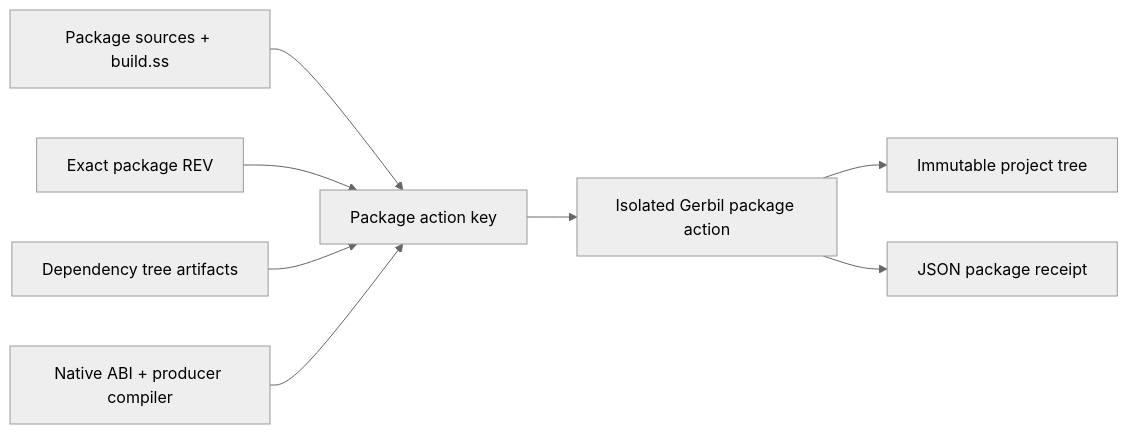
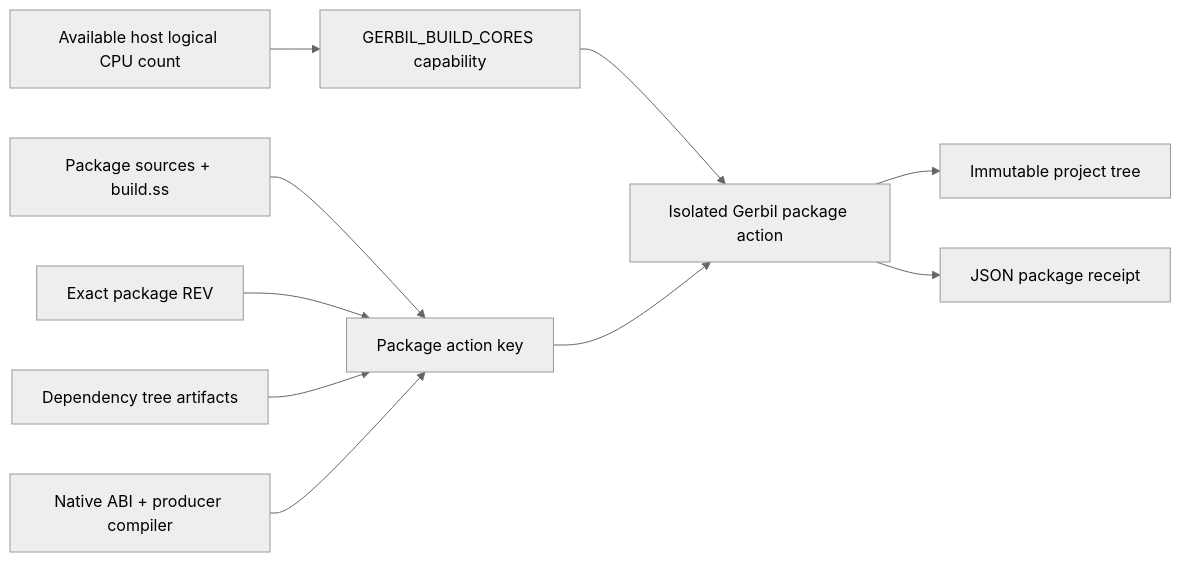
The second of 2 diagrams in docs/rfc/0003-atomic-package-graph.org (tao3k/gerbil-bazel), drawn with Mermaid (neutral theme) before and after one commit. The commit also changed other lines of this file and 5 other files, not shown here.

Commit message:
fix: bridge host capacity to Gerbil std make

```diff
--- a/docs/rfc/0003-atomic-package-graph.org
+++ b/docs/rfc/0003-atomic-package-graph.org
@@ -117,10 +119,12 @@
 #+begin_src mermaid
 flowchart LR
   SRC[Package sources + build.ss] --> KEY[Package action key]
   REV[Exact package REV] --> KEY
   DEPS[Dependency tree artifacts] --> KEY
   ABI[Native ABI + producer compiler] --> KEY
+  CPU[Available host logical CPU count] --> CORES[GERBIL_BUILD_CORES capability]
+  CORES --> ACTION
   KEY --> ACTION[Isolated Gerbil package action]
   ACTION --> TREE[Immutable project tree]
   ACTION --> RECEIPT[JSON package receipt]
 #+end_src
```
